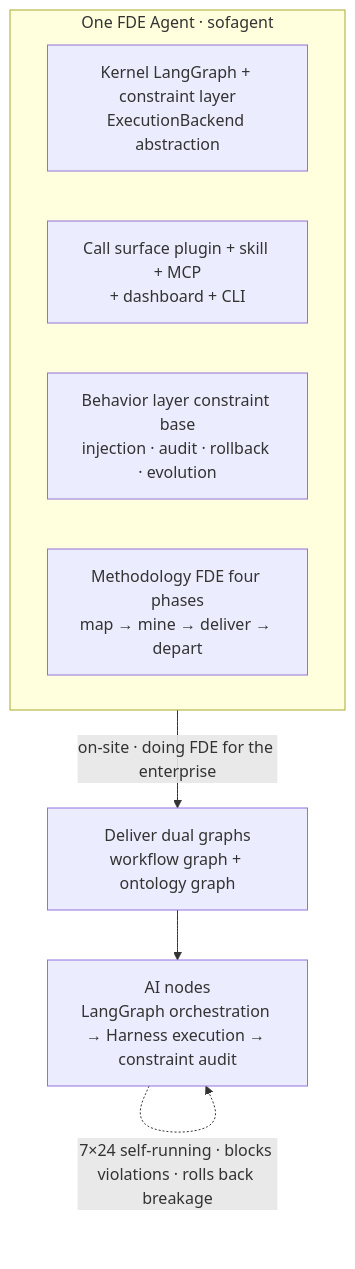
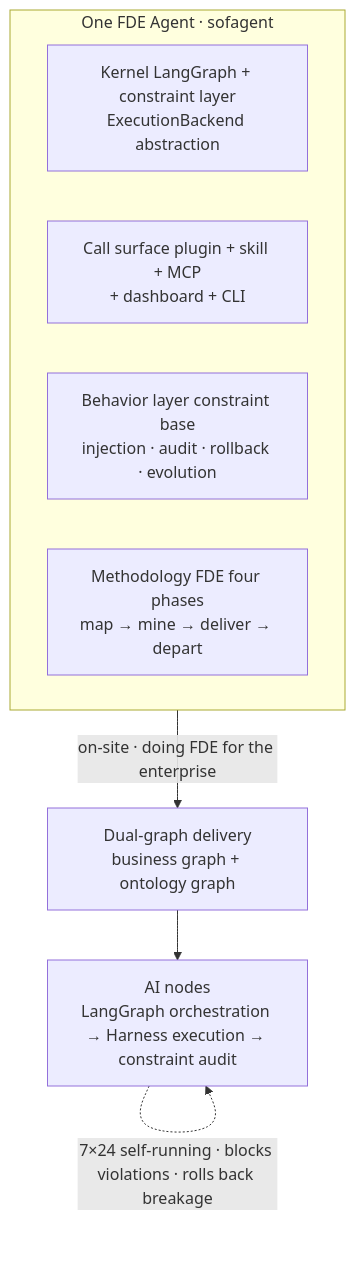
Before and after one commit to KongFangXun/sofagent: the first of 2 diagrams in README.en.md, drawn with Mermaid. The commit also changed other lines of this file and 2 other files, not shown here.

````diff
--- a/README.en.md
+++ b/README.en.md
@@ -26,12 +26,12 @@
 ```mermaid
 graph TB
     subgraph S["One FDE Agent · sofagent"]
         K["Kernel LangGraph + constraint layer<br/>ExecutionBackend abstraction"]
         I["Call surface plugin + skill + MCP<br/>+ dashboard + CLI"]
         B["Behavior layer constraint base<br/>injection · audit · rollback · evolution"]
         M["Methodology FDE four phases<br/>map → mine → deliver → depart"]
     end
-    S -->|"on-site · doing FDE for the enterprise"| D["Deliver dual graphs<br/>workflow graph + ontology graph"]
+    S -->|"on-site · doing FDE for the enterprise"| D["Dual-graph delivery<br/>business graph + ontology graph"]
     D --> N["AI nodes<br/>LangGraph orchestration → Harness execution → constraint audit"]
     N -.->|"7×24 self-running · blocks violations · rolls back breakage"| N
 ```
````
